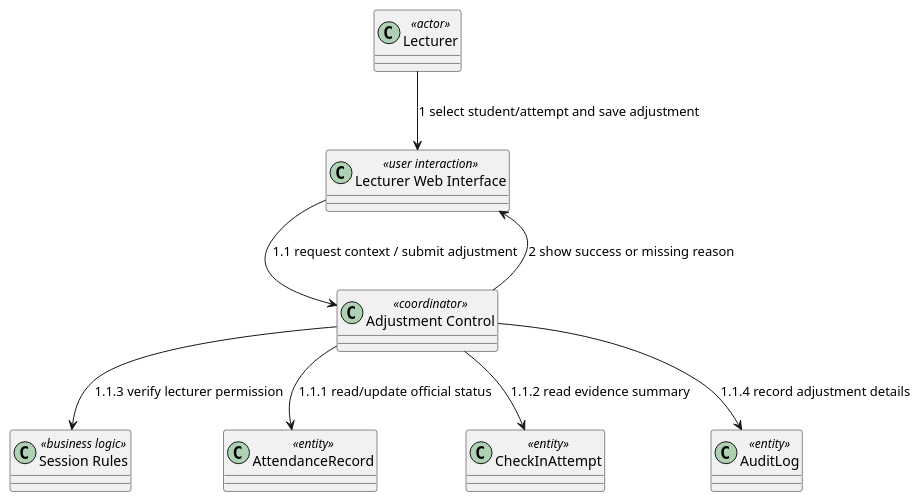
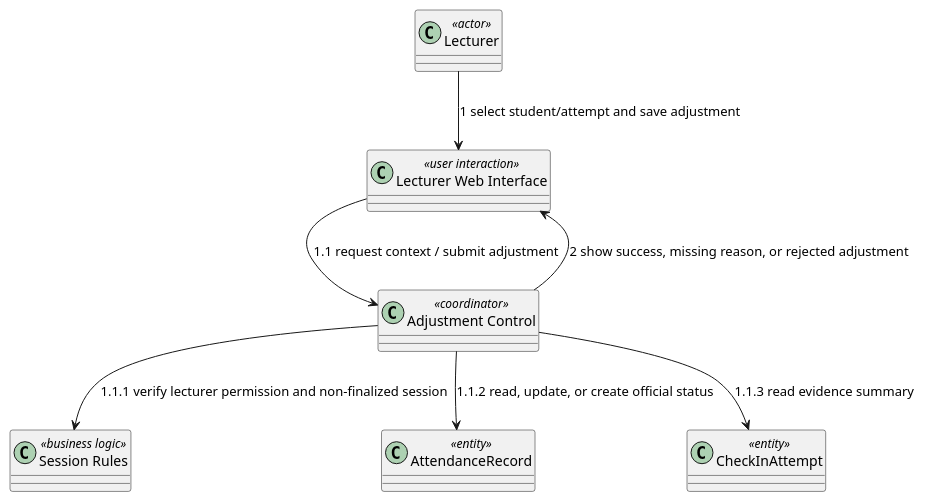
One commit to nttung42/SWD392 changed diagram 20 of 29 in docs/sds/2_Analysis.md. Above: the diagram before and after it, drawn with PlantUML. The commit also changed other lines of this file and 5 other files, not shown here.

````diff
--- a/docs/sds/2_Analysis.md
+++ b/docs/sds/2_Analysis.md
@@ -1004,19 +1069,17 @@
 ```plantuml
 @startuml
 class "Lecturer" as Lecturer <<actor>>
 class "Lecturer Web Interface" as LecturerUI <<user interaction>>
 class "Adjustment Control" as AdjustmentControl <<coordinator>>
 class "Session Rules" as SessionRules <<business logic>>
 class "AttendanceRecord" as AttendanceRecord <<entity>>
 class "CheckInAttempt" as CheckInAttempt <<entity>>
-class "AuditLog" as AuditLog <<entity>>
 
 Lecturer --> LecturerUI : 1 select student/attempt and save adjustment
 LecturerUI --> AdjustmentControl : 1.1 request context / submit adjustment
-AdjustmentControl --> AttendanceRecord : 1.1.1 read/update official status
-AdjustmentControl --> CheckInAttempt : 1.1.2 read evidence summary
-AdjustmentControl --> SessionRules : 1.1.3 verify lecturer permission
-AdjustmentControl --> AuditLog : 1.1.4 record adjustment details
-AdjustmentControl --> LecturerUI : 2 show success or missing reason
+AdjustmentControl --> SessionRules : 1.1.1 verify lecturer permission and non-finalized session
+AdjustmentControl --> AttendanceRecord : 1.1.2 read, update, or create official status
+AdjustmentControl --> CheckInAttempt : 1.1.3 read evidence summary
+AdjustmentControl --> LecturerUI : 2 show success, missing reason, or rejected adjustment
 @enduml
 ```
````
